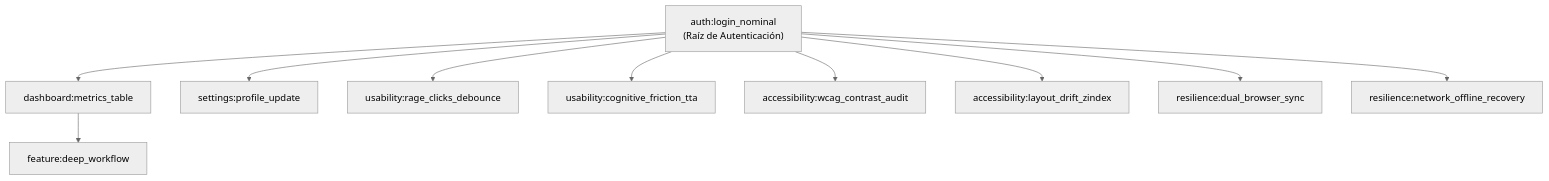
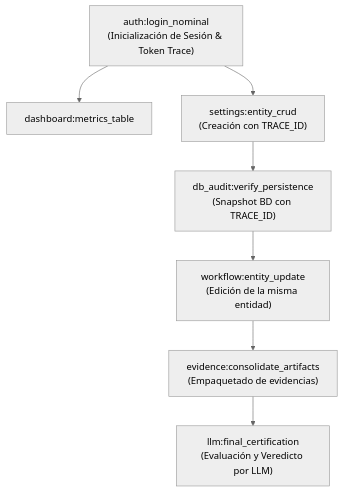
One commit to trdago/qdd-framework changed the diagram in .qdd/core/plugins/qdd-human-certifier/skills/qdd-human-certifier/SKILL.md. Above: the diagram before and after it, drawn with Mermaid (neutral theme). The commit also changed other lines of this file and 44 other files, not shown here.

````diff
--- a/.qdd/core/plugins/qdd-human-certifier/skills/qdd-human-certifier/SKILL.md
+++ b/.qdd/core/plugins/qdd-human-certifier/skills/qdd-human-certifier/SKILL.md
@@ -17,12 +68,9 @@
 ```mermaid
 flowchart TD
-    A["auth:login_nominal\n(Raíz de Autenticación)"] --> B["dashboard:metrics_table"]
-    A --> C["settings:profile_update"]
-    A --> U1["usability:rage_clicks_debounce"]
-    A --> U2["usability:cognitive_friction_tta"]
-    A --> AC1["accessibility:wcag_contrast_audit"]
-    A --> AC2["accessibility:layout_drift_zindex"]
-    A --> R1["resilience:dual_browser_sync"]
-    A --> R2["resilience:network_offline_recovery"]
-    B --> D["feature:deep_workflow"]
+    A["auth:login_nominal\n(Inicialización de Sesión & Token Trace)"] --> B["dashboard:metrics_table"]
+    A --> C["settings:entity_crud\n(Creación con TRACE_ID)"]
+    C --> D["db_audit:verify_persistence\n(Snapshot BD con TRACE_ID)"]
+    D --> E["workflow:entity_update\n(Edición de la misma entidad)"]
+    E --> F["evidence:consolidate_artifacts\n(Empaquetado de evidencias)"]
+    F --> G["llm:final_certification\n(Evaluación y Veredicto por LLM)"]
 ```
````
